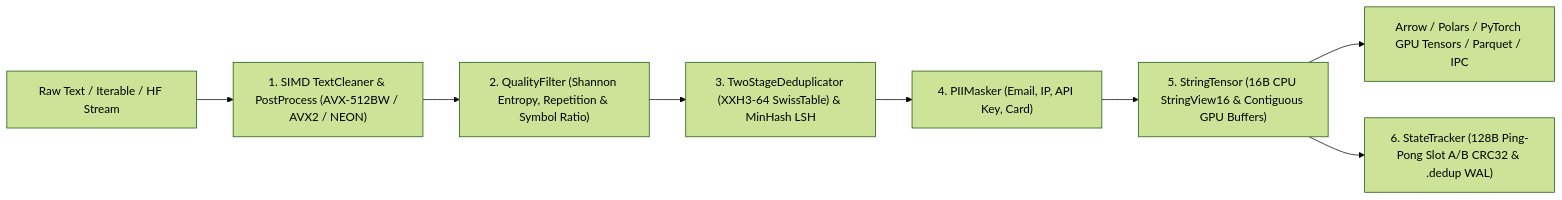
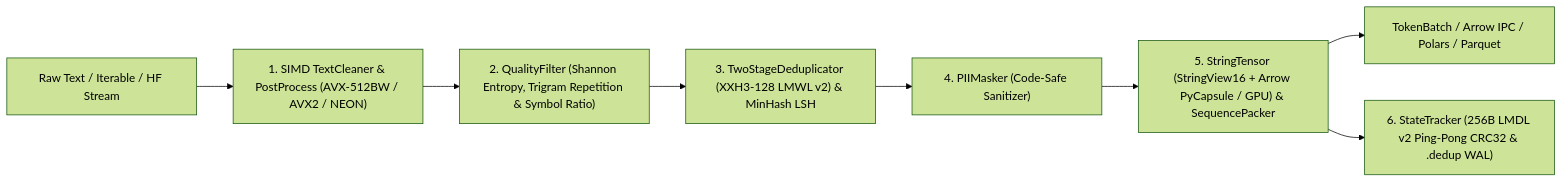
One commit to cloverx-id/luminamoon changed the diagram in docs/dataloader/README.md. Above: the diagram before and after it, drawn with Mermaid (forest theme). The commit also changed other lines of this file and 49 other files, not shown here.

````diff
--- a/docs/dataloader/README.md
+++ b/docs/dataloader/README.md
@@ -11,10 +11,10 @@
 ```mermaid
 flowchart LR
     Input["Raw Text / Iterable / HF Stream"] --> Cleaner["1. SIMD TextCleaner & PostProcess (AVX-512BW / AVX2 / NEON)"]
-    Cleaner --> Quality["2. QualityFilter (Shannon Entropy, Repetition & Symbol Ratio)"]
-    Quality --> Dedup["3. TwoStageDeduplicator (XXH3-64 SwissTable) & MinHash LSH"]
-    Dedup --> Masker["4. PIIMasker (Email, IP, API Key, Card)"]
-    Masker --> Tensor["5. StringTensor (16B CPU StringView16 & Contiguous GPU Buffers)"]
-    Tensor --> Export["Arrow / Polars / PyTorch GPU Tensors / Parquet / IPC"]
-    Tensor --> Meta["6. StateTracker (128B Ping-Pong Slot A/B CRC32 & .dedup WAL)"]
+    Cleaner --> Quality["2. QualityFilter (Shannon Entropy, Trigram Repetition & Symbol Ratio)"]
+    Quality --> Dedup["3. TwoStageDeduplicator (XXH3-128 LMWL v2) & MinHash LSH"]
+    Dedup --> Masker["4. PIIMasker (Code-Safe Sanitizer)"]
+    Masker --> Tensor["5. StringTensor (StringView16 + Arrow PyCapsule / GPU) & SequencePacker"]
+    Tensor --> Export["TokenBatch / Arrow IPC / Polars / Parquet"]
+    Tensor --> Meta["6. StateTracker (256B LMDL v2 Ping-Pong CRC32 & .dedup WAL)"]
 ```
````
